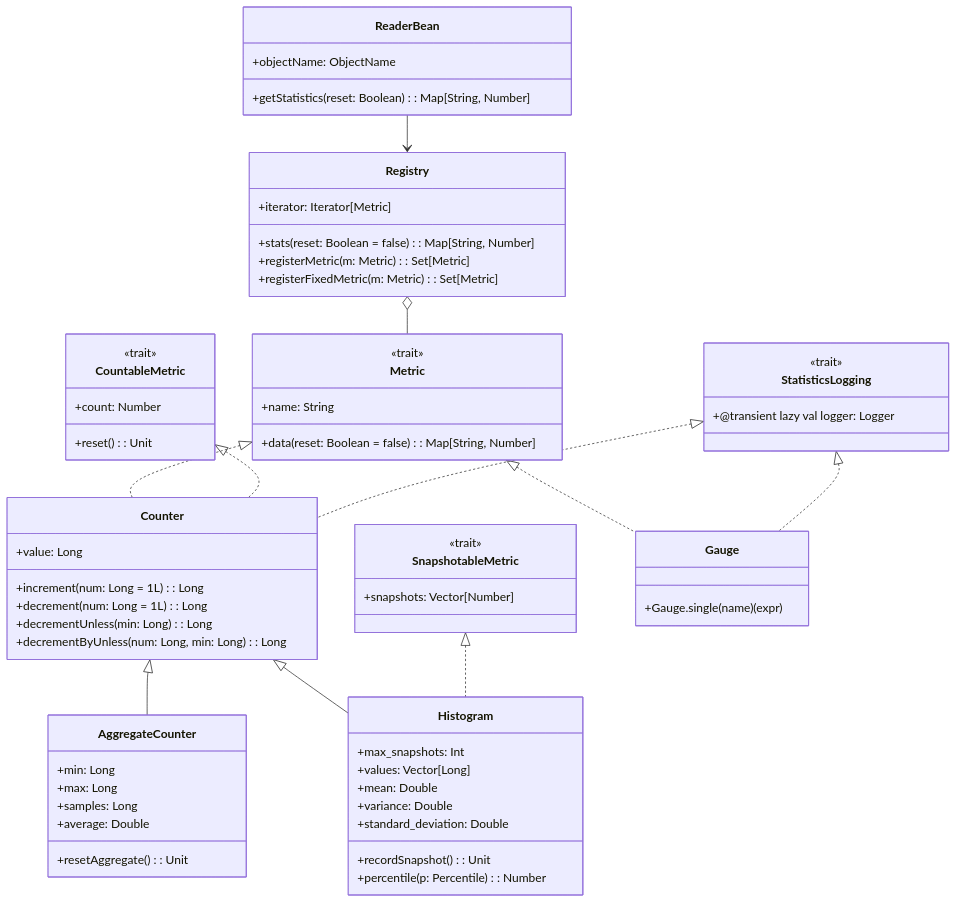
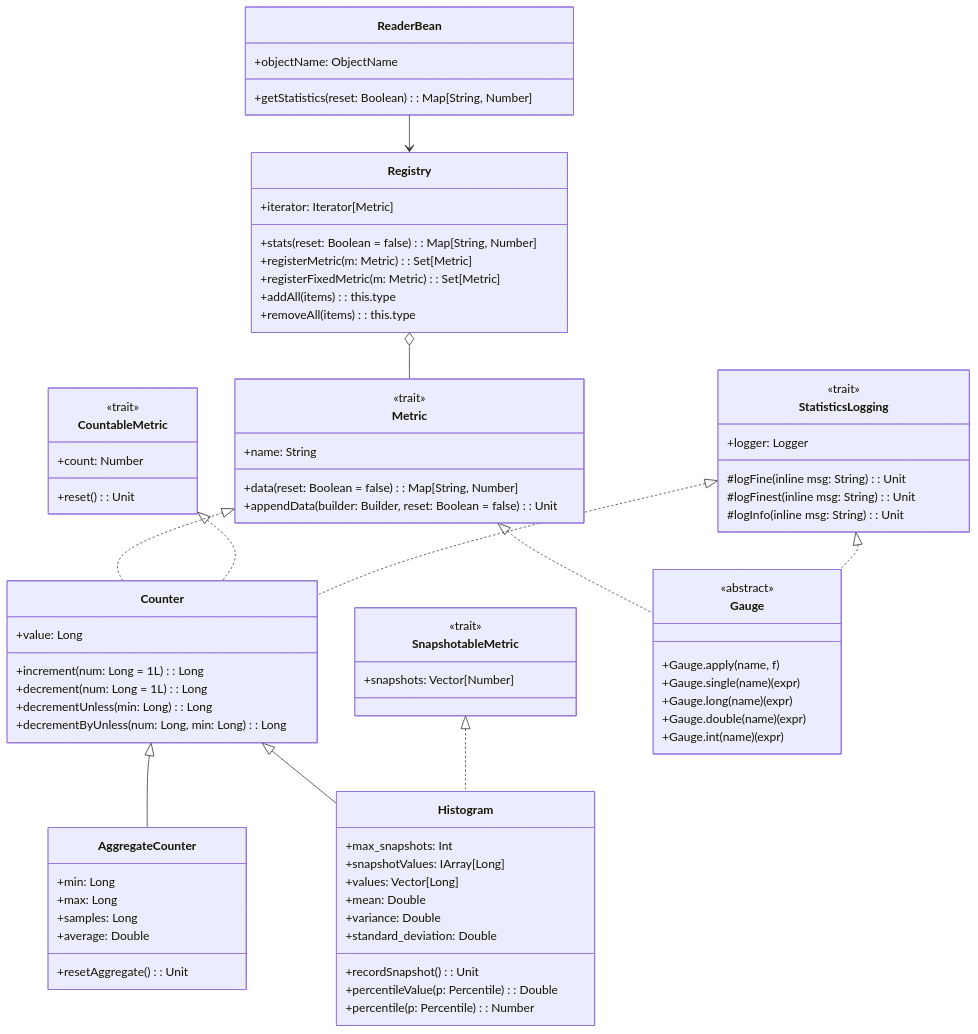
The diagram in docs/ARCHITECTURE.md (bdina/scalarometer), drawn with Mermaid before and after one commit. The commit also changed other lines of this file and 1 other file, not shown here.

Commit message:
docs: update README and ARCHITECTURE guide for Scala 3.9 optimizations

````diff
--- a/docs/ARCHITECTURE.md
+++ b/docs/ARCHITECTURE.md
@@ -25,68 +26,81 @@
 ```mermaid
 classDiagram
     class Metric {
       <<trait>>
       +name: String
       +data(reset: Boolean = false): Map[String, Number]
+      +appendData(builder: Builder, reset: Boolean = false): Unit
     }
     class CountableMetric {
       <<trait>>
       +count: Number
       +reset(): Unit
     }
     class SnapshotableMetric {
       <<trait>>
       +snapshots: Vector[Number]
     }
     class StatisticsLogging {
       <<trait>>
-      +@transient lazy val logger: Logger
+      +logger: Logger
+      #logFine(inline msg: String): Unit
+      #logFinest(inline msg: String): Unit
+      #logInfo(inline msg: String): Unit
     }
     class Counter {
       +value: Long
       +increment(num: Long = 1L): Long
       +decrement(num: Long = 1L): Long
       +decrementUnless(min: Long): Long
       +decrementByUnless(num: Long, min: Long): Long
     }
     class AggregateCounter {
       +min: Long
       +max: Long
       +samples: Long
       +average: Double
       +resetAggregate(): Unit
     }
     class Histogram {
       +max_snapshots: Int
       +recordSnapshot(): Unit
+      +snapshotValues: IArray[Long]
       +values: Vector[Long]
       +mean: Double
       +variance: Double
       +standard_deviation: Double
+      +percentileValue(p: Percentile): Double
       +percentile(p: Percentile): Number
     }
     class Gauge {
+      <<abstract>>
+      +Gauge.apply(name, f)
       +Gauge.single(name)(expr)
+      +Gauge.long(name)(expr)
+      +Gauge.double(name)(expr)
+      +Gauge.int(name)(expr)
     }
     class Registry {
       +stats(reset: Boolean = false): Map[String, Number]
       +registerMetric(m: Metric): Set[Metric]
       +registerFixedMetric(m: Metric): Set[Metric]
+      +addAll(items): this.type
+      +removeAll(items): this.type
       +iterator: Iterator[Metric]
     }
     class ReaderBean {
       +getStatistics(reset: Boolean): Map[String, Number]
       +objectName: ObjectName
     }
 
     Metric <|.. Counter
     CountableMetric <|.. Counter
     StatisticsLogging <|.. Counter
     Counter <|-- AggregateCounter
     Counter <|-- Histogram
     SnapshotableMetric <|.. Histogram
     Metric <|.. Gauge
     StatisticsLogging <|.. Gauge
     Registry o-- Metric
     ReaderBean --> Registry
 ```
````
